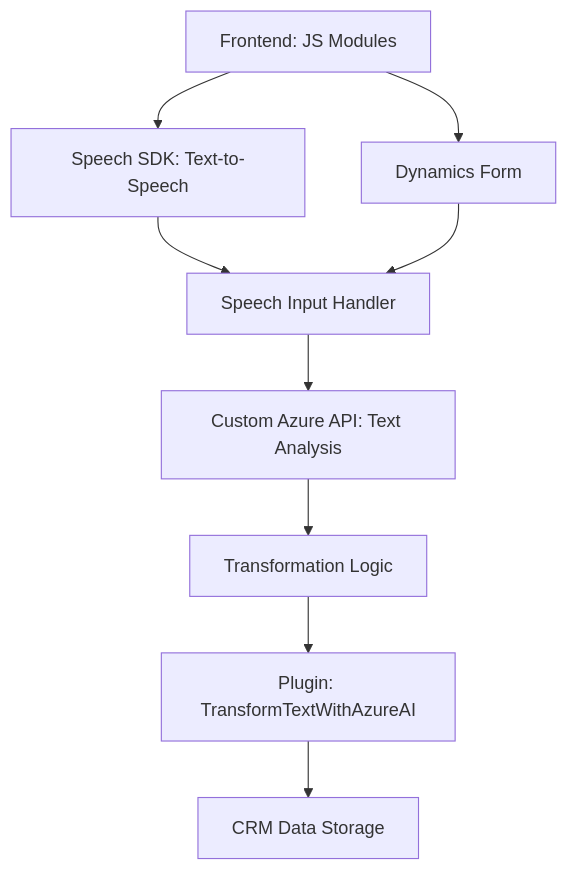
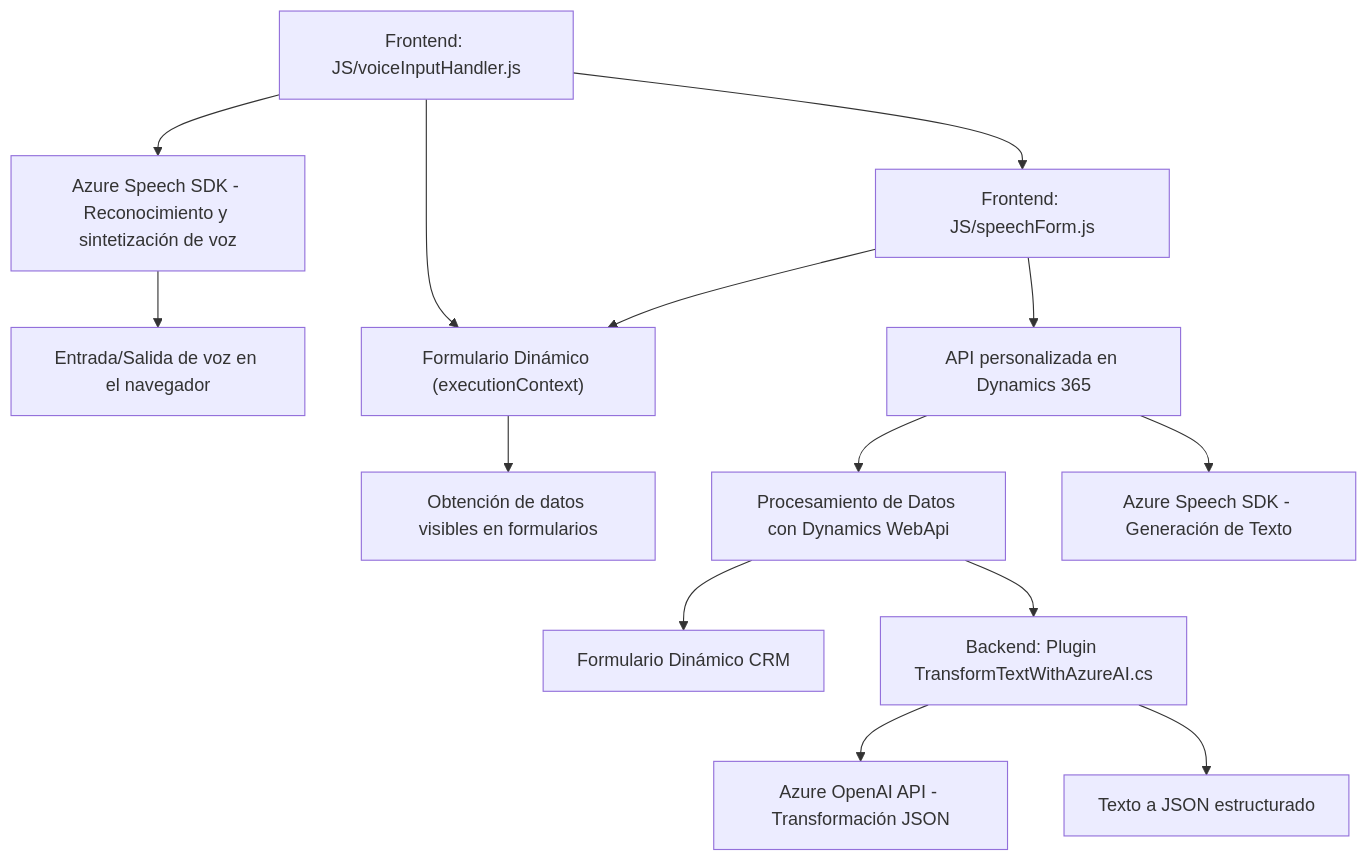
The diagram in README.md (blopezdm/NETCORE_BILBAO2025), drawn with Mermaid before and after one commit. The commit also changed other lines of this file, not shown here.

Commit message:
Actualizar análisis global de la solución con IA

````diff
--- a/README.md
+++ b/README.md
@@ -45,11 +44,16 @@
 ```mermaid
 graph TD
-    A["Frontend: JS Modules"] --> B["Speech SDK: Text-to-Speech"]
-    A --> C["Dynamics Form"]
-    B --> D["Speech Input Handler"]
-    C --> D
-    D --> E["Custom Azure API: Text Analysis"]
-    E --> F["Transformation Logic"]
-    F --> G["Plugin: TransformTextWithAzureAI"]
-    G --> H["CRM Data Storage"]
+    A["Frontend: JS/voiceInputHandler.js"] --> B["Azure Speech SDK - Reconocimiento y sintetización de voz"]
+    A --> C["Formulario Dinámico (executionContext)"]
+    B --> D["Entrada/Salida de voz en el navegador"]
+    C --> E["Obtención de datos visibles en formularios"]
+    A --> F["Frontend: JS/speechForm.js"]
+    F --> C
+    F --> G["API personalizada en Dynamics 365"]
+    G --> H["Procesamiento de Datos con Dynamics WebApi"]
+    G --> I["Azure Speech SDK - Generación de Texto"]
+    H --> J["Formulario Dinámico CRM"]
+    H --> K["Backend: Plugin TransformTextWithAzureAI.cs"]
+    K --> L["Azure OpenAI API - Transformación JSON"]
+    K --> M["Texto a JSON estructurado"]
 ```
````
